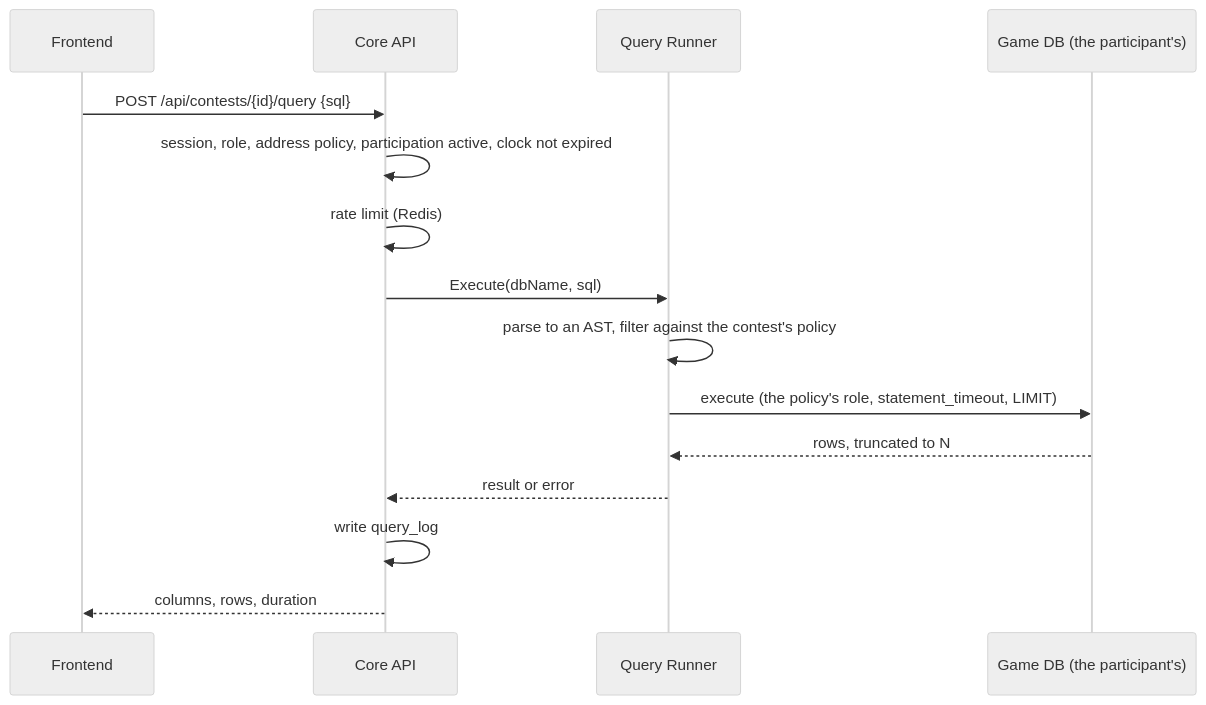
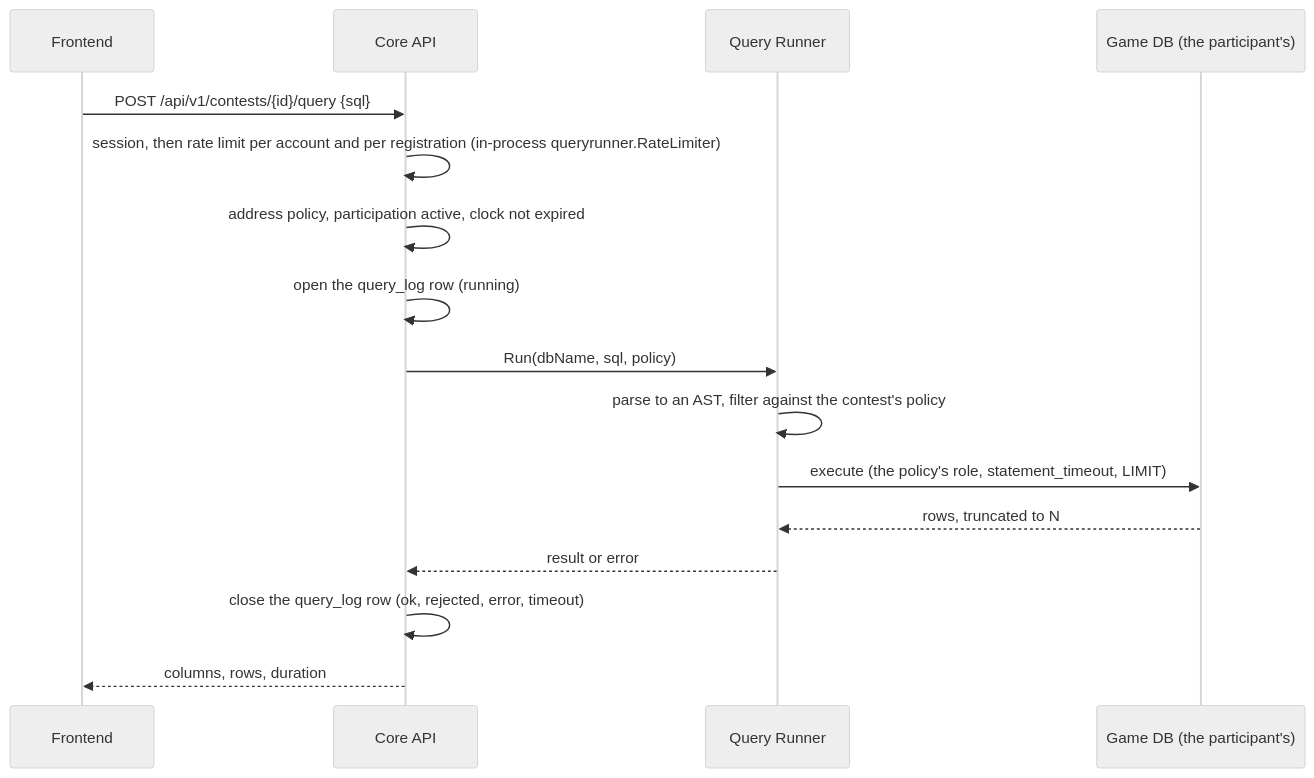
One commit to devrdn/olymp-db-platform changed the second of 3 diagrams in docs/ARCHITECTURE.md. Above: the diagram before and after it, drawn with Mermaid (neutral theme). The commit also changed other lines of this file and 3 other files, not shown here.

First line of the commit message:
docs: the READMEs and the architecture say what the code does

````diff
--- a/docs/ARCHITECTURE.md
+++ b/docs/ARCHITECTURE.md
@@ -204,18 +206,19 @@
 ```mermaid
 sequenceDiagram
     participant FE as Frontend
     participant API as Core API
     participant QR as Query Runner
     participant G as Game DB (the participant's)
 
-    FE->>API: POST /api/contests/{id}/query {sql}
-    API->>API: session, role, address policy, participation active, clock not expired
-    API->>API: rate limit (Redis)
-    API->>QR: Execute(dbName, sql)
+    FE->>API: POST /api/v1/contests/{id}/query {sql}
+    API->>API: session, then rate limit per account and per registration (in-process queryrunner.RateLimiter)
+    API->>API: address policy, participation active, clock not expired
+    API->>API: open the query_log row (running)
+    API->>QR: Run(dbName, sql, policy)
     QR->>QR: parse to an AST, filter against the contest's policy
     QR->>G: execute (the policy's role, statement_timeout, LIMIT)
     G-->>QR: rows, truncated to N
     QR-->>API: result or error
-    API->>API: write query_log
+    API->>API: close the query_log row (ok, rejected, error, timeout)
     API-->>FE: columns, rows, duration
 ```
````
